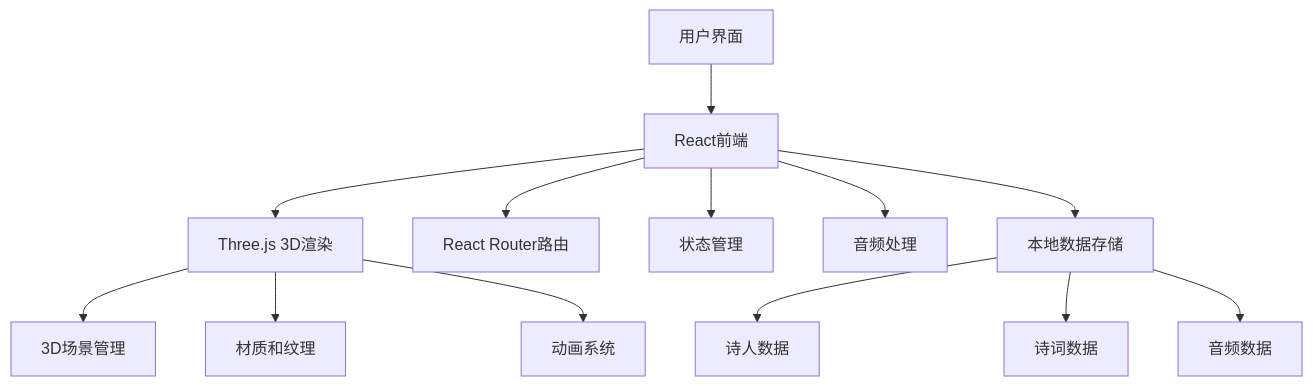
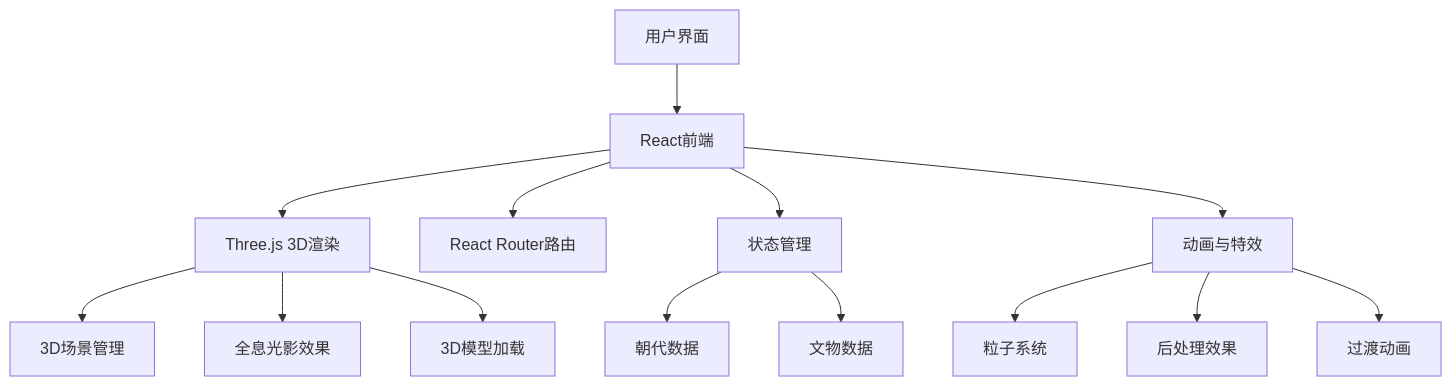
One commit to liufei-love/ancient_poetry_learn changed the first of 2 diagrams in .trae/documents/technical-architecture.md. Above: the diagram before and after it, drawn with Mermaid. The commit also changed other lines of this file and 10 other files, not shown here.

````diff
--- a/.trae/documents/technical-architecture.md
+++ b/.trae/documents/technical-architecture.md
@@ -2,17 +2,19 @@
 ```mermaid
 graph TD
     A[用户界面] --> B[React前端]
     B --> C[Three.js 3D渲染]
     B --> D[React Router路由]
     B --> E[状态管理]
-    B --> F[音频处理]
-    B --> G[本地数据存储]
+    B --> F[动画与特效]
     
-    C --> H[3D场景管理]
-    C --> I[材质和纹理]
-    C --> J[动画系统]
+    C --> G[3D场景管理]
+    C --> H[全息光影效果]
+    C --> I[3D模型加载]
     
-    G --> K[诗人数据]
-    G --> L[诗词数据]
-    G --> M[音频数据]
+    F --> J[粒子系统]
+    F --> K[后处理效果]
+    F --> L[过渡动画]
+    
+    E --> M[朝代数据]
+    E --> N[文物数据]
 ```
````
